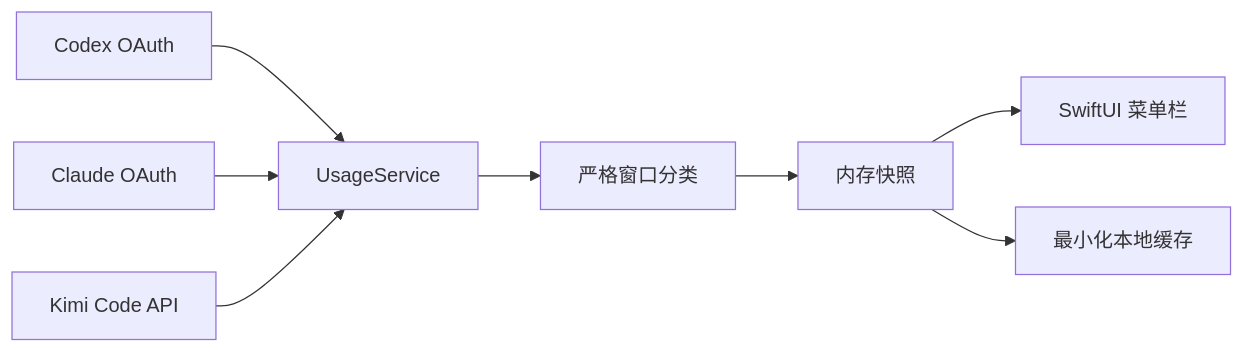
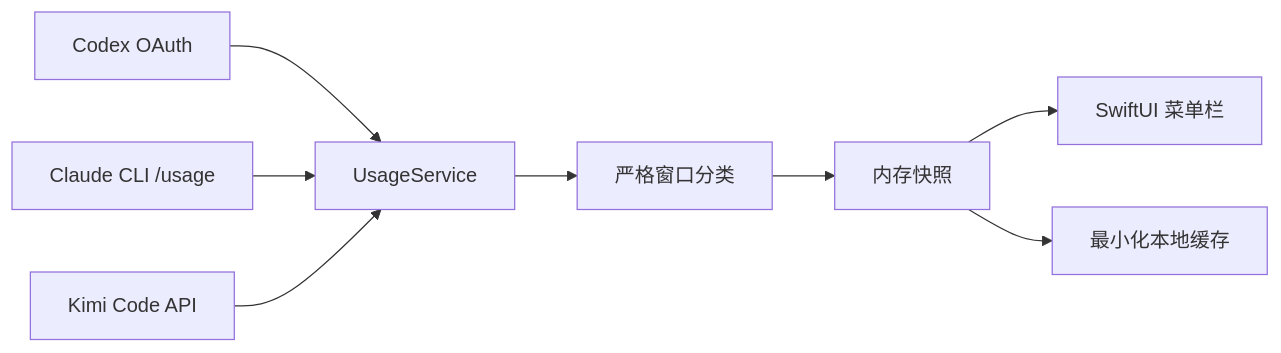
One commit to cloveric/ai-usage-menu changed the diagram in README.md. Above: the diagram before and after it, drawn with Mermaid. The commit also changed other lines of this file and 14 other files, not shown here.

````diff
--- a/README.md
+++ b/README.md
@@ -138,10 +149,10 @@
 ```mermaid
 flowchart LR
     C[Codex OAuth] --> S[UsageService]
-    A[Claude OAuth] --> S
+    A[Claude CLI /usage] --> S
     K[Kimi Code API] --> S
     S --> P[严格窗口分类]
     P --> M[内存快照]
     M --> U[SwiftUI 菜单栏]
     M --> D[最小化本地缓存]
 ```
````
